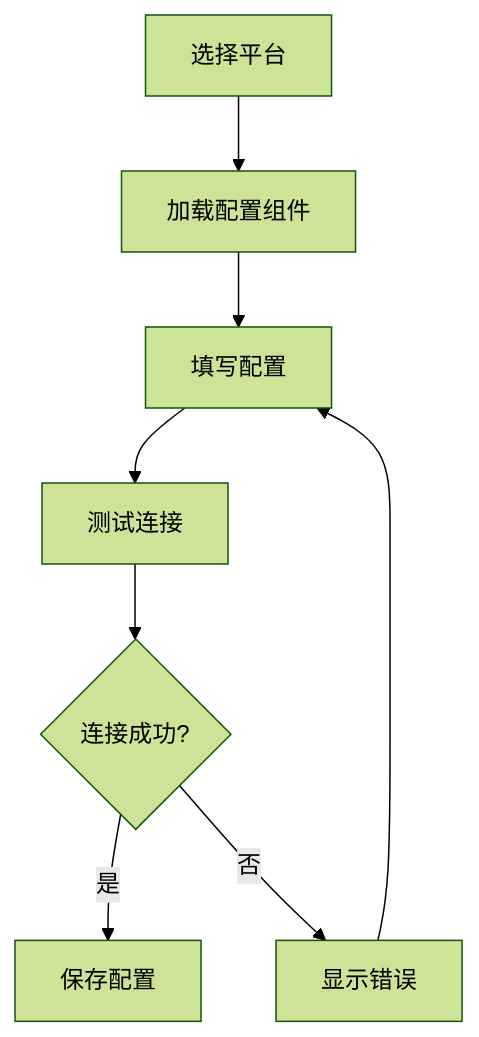
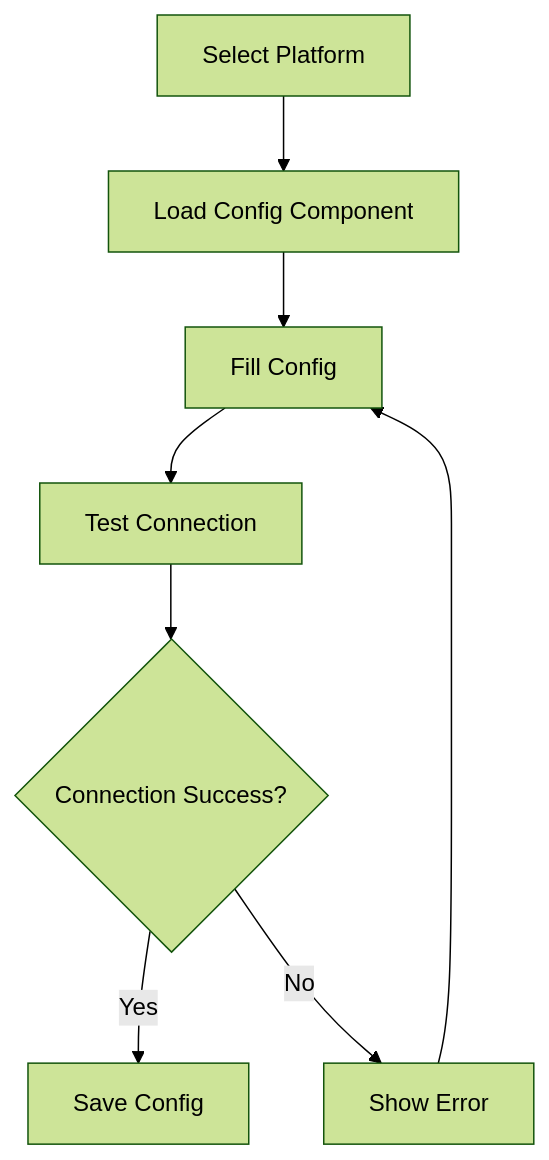
Before and after one commit to terwer/siyuan-plugin-publisher: the fourth of 7 diagrams in DEVELOPMENT.md, drawn with Mermaid (forest theme). The commit also changed other lines of this file and 1 other file, not shown here.

First line of the commit message:
docs(DEVELOPMENT): update plugin system architecture and development guidelines

````diff
--- a/DEVELOPMENT.md
+++ b/DEVELOPMENT.md
@@ -492,10 +176,10 @@
 ```mermaid
 graph TD
-    A[选择平台] --> B[加载配置组件]
-    B --> C[填写配置]
-    C --> D[测试连接]
-    D --> E{连接成功?}
-    E -->|是| F[保存配置]
-    E -->|否| G[显示错误]
+    A[Select Platform] --> B[Load Config Component]
+    B --> C[Fill Config]
+    C --> D[Test Connection]
+    D --> E{Connection Success?}
+    E -->|Yes| F[Save Config]
+    E -->|No| G[Show Error]
     G --> C
 ```
````
